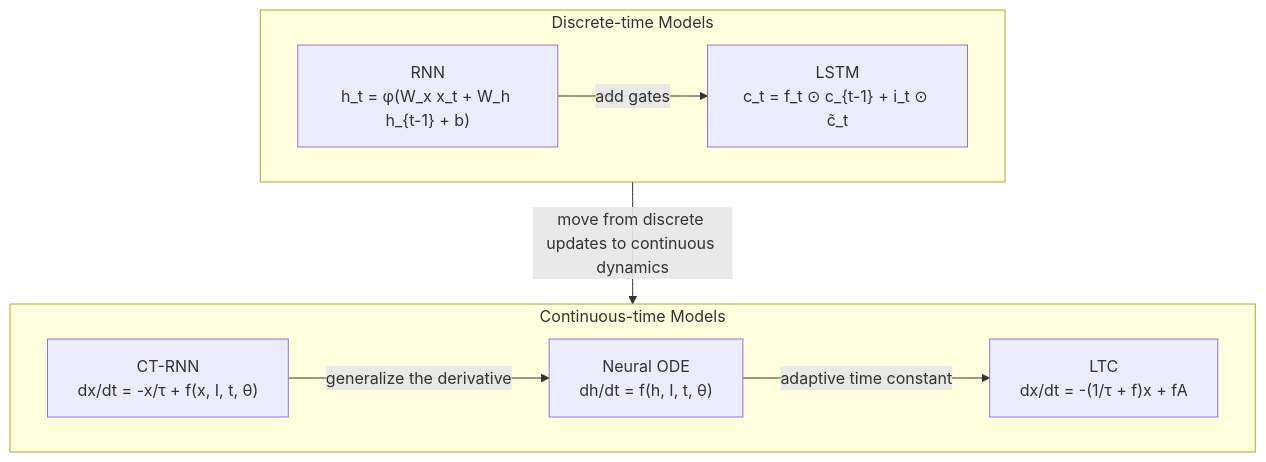
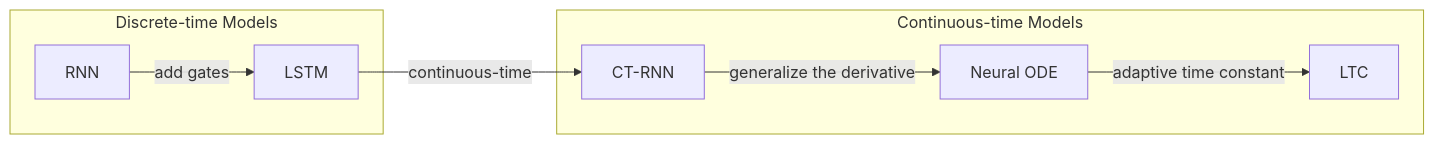
The diagram in README.md (boliu-ee/LTC), drawn with Mermaid before and after one commit.

````diff
--- a/README.md
+++ b/README.md
@@ -538,20 +538,18 @@
 ```mermaid
-flowchart TB
+flowchart LR
     subgraph G1["Discrete-time Models"]
-        direction LR
-        A["RNN<br/>h_t = φ(W_x x_t + W_h h_{t-1} + b)"]
-        B["LSTM<br/>c_t = f_t ⊙ c_{t-1} + i_t ⊙ c̃_t"]
+        A["RNN"]
+        B["LSTM"]
         A -->|add gates| B
     end
 
     subgraph G2["Continuous-time Models"]
-        direction LR
-        C["CT-RNN<br/>dx/dt = -x/τ + f(x, I, t, θ)"]
-        D["Neural ODE<br/>dh/dt = f(h, I, t, θ)"]
-        E["LTC<br/>dx/dt = -(1/τ + f)x + fA"]
+        C["CT-RNN"]
+        D["Neural ODE"]
+        E["LTC"]
         C -->|generalize the derivative| D
         D -->|adaptive time constant| E
     end
 
-    B -->|move from discrete updates to continuous dynamics| C
+    B -->|continuous-time| C
 ```
````
